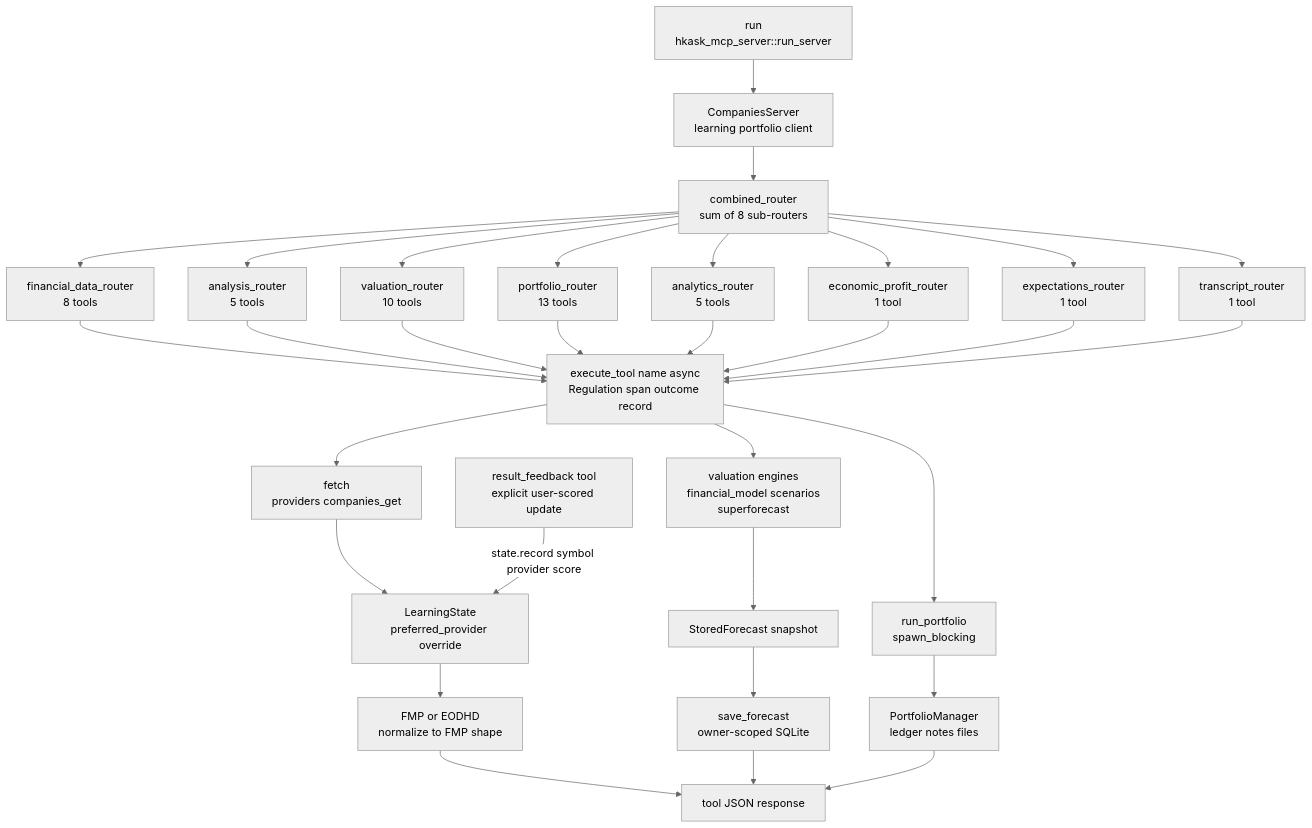
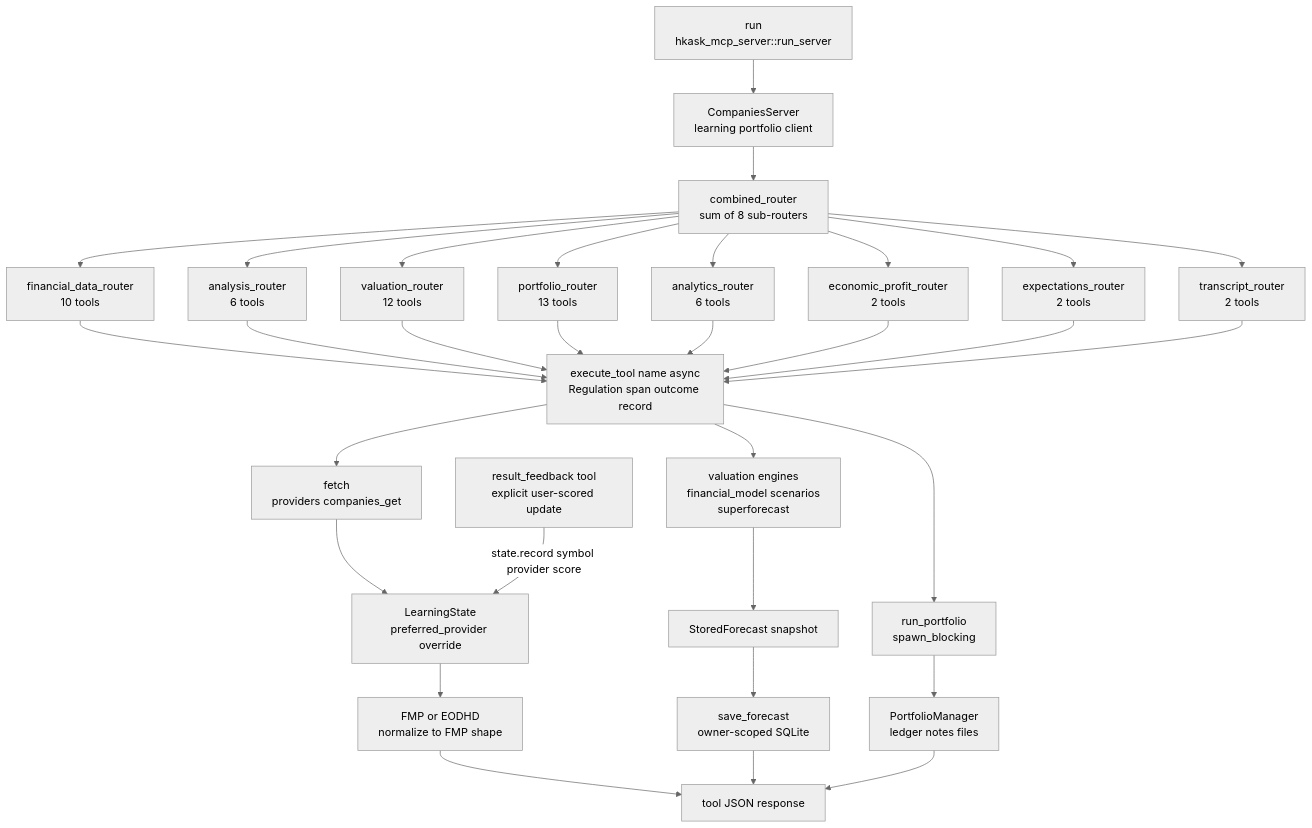
Before and after one commit to mdz-axo/zed-kask: the diagram in kask/docs/reference/mcp-servers/companies.md, drawn with Mermaid (neutral theme). The commit also changed other lines of this file and 25 other files, not shown here.

````diff
--- a/kask/docs/reference/mcp-servers/companies.md
+++ b/kask/docs/reference/mcp-servers/companies.md
@@ -34,35 +34,35 @@
 ```mermaid
 flowchart TD
     Boot["run<br/>hkask_mcp_server::run_server"]
     Boot --> Srv["CompaniesServer<br/>learning portfolio client"]
     Srv --> Comb["combined_router<br/>sum of 8 sub-routers"]
-    Comb --> R1["financial_data_router<br/>8 tools"]
-    Comb --> R2["analysis_router<br/>5 tools"]
-    Comb --> R3["valuation_router<br/>10 tools"]
+    Comb --> R1["financial_data_router<br/>10 tools"]
+    Comb --> R2["analysis_router<br/>6 tools"]
+    Comb --> R3["valuation_router<br/>12 tools"]
     Comb --> R4["portfolio_router<br/>13 tools"]
-    Comb --> R5["analytics_router<br/>5 tools"]
-    Comb --> R6["economic_profit_router<br/>1 tool"]
-    Comb --> R7["expectations_router<br/>1 tool"]
-    Comb --> R8["transcript_router<br/>1 tool"]
+    Comb --> R5["analytics_router<br/>6 tools"]
+    Comb --> R6["economic_profit_router<br/>2 tools"]
+    Comb --> R7["expectations_router<br/>2 tools"]
+    Comb --> R8["transcript_router<br/>2 tools"]
     R1 --> Seam["execute_tool name async<br/>Regulation span outcome record"]
     R2 --> Seam
     R3 --> Seam
     R4 --> Seam
     R5 --> Seam
     R6 --> Seam
     R7 --> Seam
     R8 --> Seam
     Seam --> SinkA["fetch<br/>providers companies_get"]
     Seam --> SinkB["valuation engines<br/>financial_model scenarios<br/>superforecast"]
     Seam --> SinkC["run_portfolio<br/>spawn_blocking"]
     SinkA --> Learn["LearningState<br/>preferred_provider override"]
     Learn --> FmpEod["FMP or EODHD<br/>normalize to FMP shape"]
     FmpEod --> Out["tool JSON response"]
     SinkB --> Stored["StoredForecast snapshot"]
     Stored --> Persist["save_forecast<br/>owner-scoped SQLite"]
     SinkC --> Ledger["PortfolioManager<br/>ledger notes files"]
     Persist --> Out
     Feedback["result_feedback tool<br/>explicit user-scored update"]
     Feedback -->|"state.record symbol provider score"| Learn
     Ledger --> Out
 ```
````
